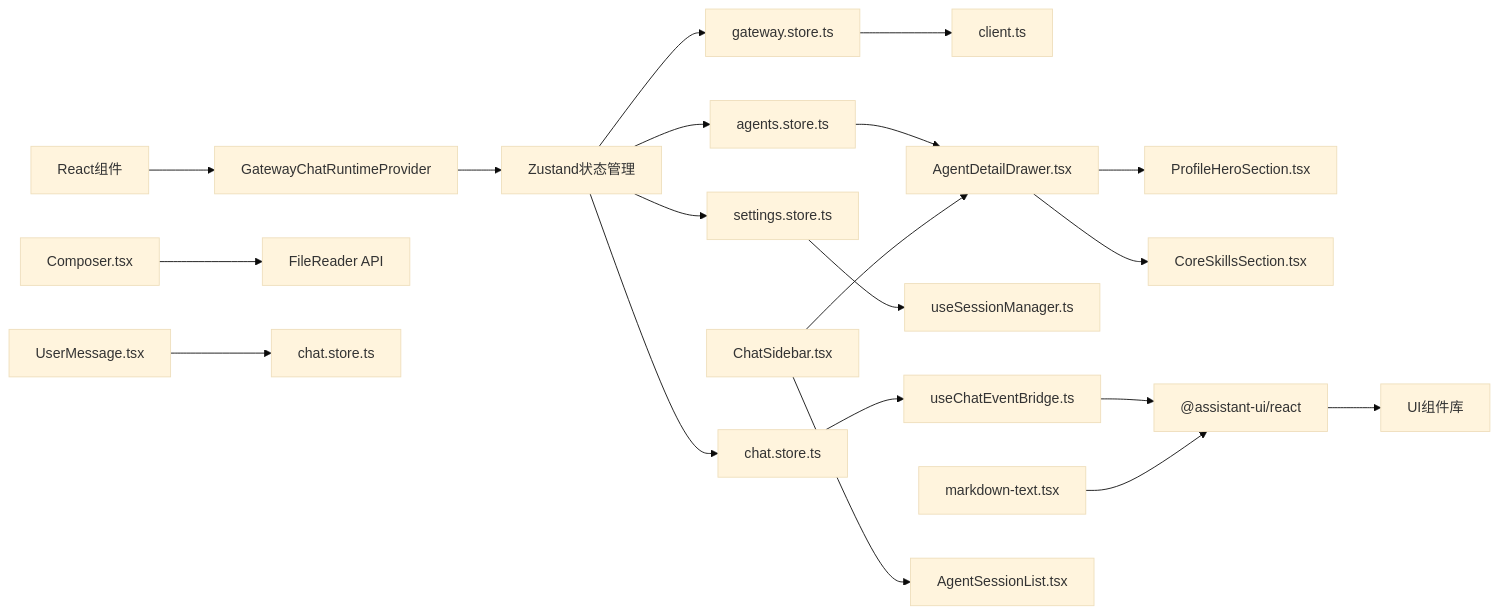
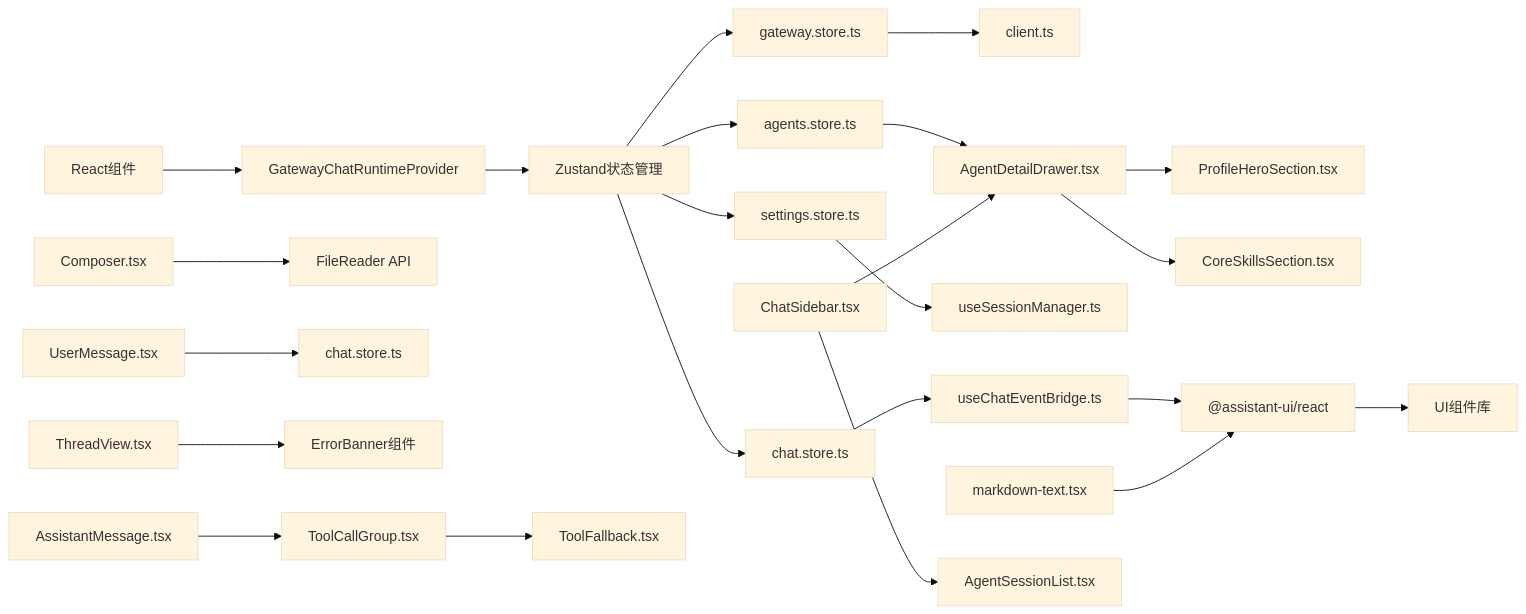
Diagram 16 of 16 in .qoder/repowiki/zh/content/Web界面/WebChat界面/WebChat界面.md (verse-ai-org/openclaw), drawn with Mermaid (base theme) before and after one commit. The commit also changed other lines of this file and 12 other files, not shown here.

````diff
--- a/.qoder/repowiki/zh/content/Web界面/WebChat界面/WebChat界面.md
+++ b/.qoder/repowiki/zh/content/Web界面/WebChat界面/WebChat界面.md
@@ -694,22 +679,25 @@
 ```mermaid
 graph LR
 React_Components["React组件"] --> Runtime["GatewayChatRuntimeProvider"]
 Runtime --> Zustand["Zustand状态管理"]
 Zustand --> GatewayStore["gateway.store.ts"]
 Zustand --> ChatStore["chat.store.ts"]
 Zustand --> SettingsStore["settings.store.ts"]
 Zustand --> AgentsStore["agents.store.ts"]
 GatewayStore --> Client["client.ts"]
 ChatStore --> Events["useChatEventBridge.ts"]
 SettingsStore --> SessionManager["useSessionManager.ts"]
 AgentsStore --> AgentDetailDrawer["AgentDetailDrawer.tsx"]
 AgentDetailDrawer --> ProfileHero["ProfileHeroSection.tsx"]
 AgentDetailDrawer --> CoreSkills["CoreSkillsSection.tsx"]
 Events --> AssistantUI["@assistant-ui/react"]
 AssistantUI --> Components["UI组件库"]
 MarkdownComponents["markdown-text.tsx"] --> AssistantUI
 ChatSidebar["ChatSidebar.tsx"] --> AgentDetailDrawer
 ChatSidebar --> AgentSessionList["AgentSessionList.tsx"]
 Composer["Composer.tsx"] --> FileReader["FileReader API"]
 UserMessage["UserMessage.tsx"] --> ZustandStore["chat.store.ts"]
+ThreadView["ThreadView.tsx"] --> ErrorBanner["ErrorBanner组件"]
+AssistantMessage["AssistantMessage.tsx"] --> ToolCallGroup["ToolCallGroup.tsx"]
+ToolCallGroup --> ToolFallback["ToolFallback.tsx"]
 ```
````
